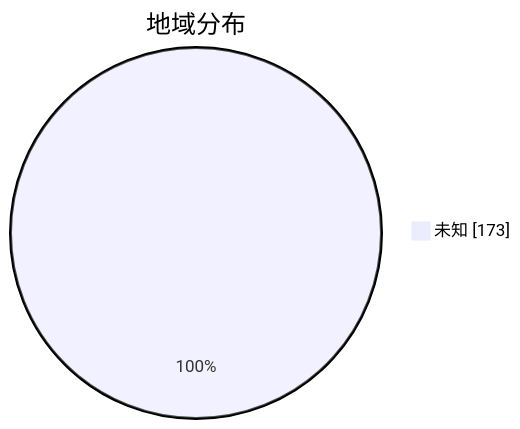
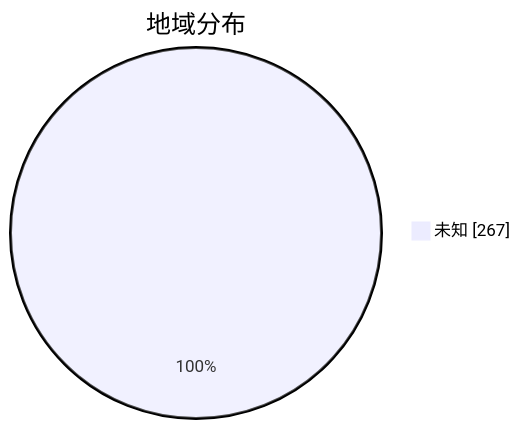
The second of 3 diagrams in subs/statistics/tested_within.md (qjlxg/airport), drawn with Mermaid before and after one commit. The commit also changed other lines of this file and 2 other files, not shown here.

````diff
--- a/subs/statistics/tested_within.md
+++ b/subs/statistics/tested_within.md
@@ -11,5 +12,5 @@
 ```mermaid
 pie showData
 title 地域分布
-"未知" : 173
+"未知" : 267
 ```
````
